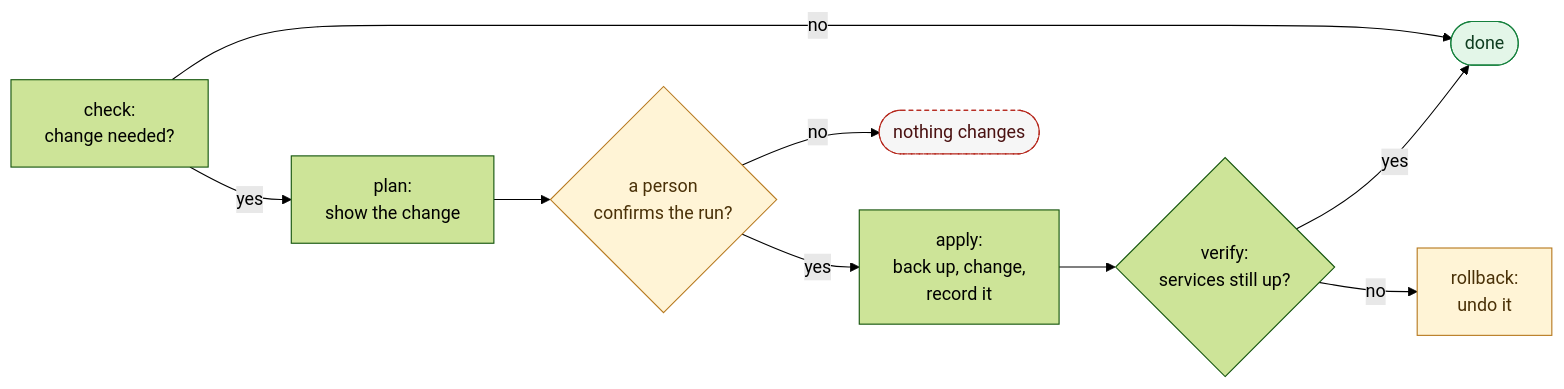
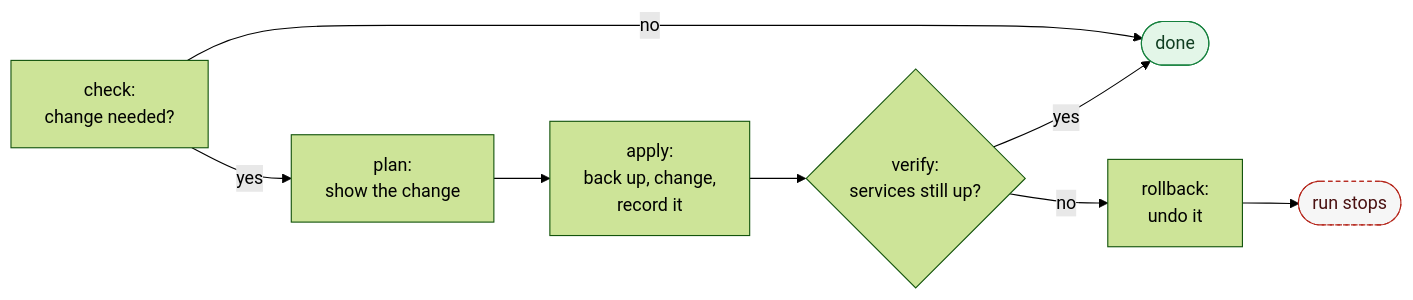
Before and after one commit to dotnetdork/Labyrinth: the third of 3 diagrams in docs/Overview.md, drawn with Mermaid (forest theme). The commit also changed other lines of this file and 27 other files, not shown here.

````diff
--- a/docs/Overview.md
+++ b/docs/Overview.md
@@ -151,17 +153,14 @@
 ```mermaid
 flowchart LR
     C["check:<br/>change needed?"] -->|no| DONE(["done"])
     C -->|yes| P["plan:<br/>show the change"]
-    P --> H{"a person<br/>confirms the run?"}
-    H -->|no| STOP(["nothing changes"])
-    H -->|yes| A["apply:<br/>back up, change,<br/>record it"]
+    P --> A["apply:<br/>back up, change,<br/>record it"]
     A --> V{"verify:<br/>services still up?"}
     V -->|yes| DONE
     V -->|no| RB["rollback:<br/>undo it"]
+    RB --> STOP(["run stops"])
     classDef ok fill:#e3f6e8,stroke:#15803d,color:#0f3d20
-    classDef human fill:#fff4d6,stroke:#b7791f,color:#4a3108
     classDef stop fill:#f6f6f6,stroke:#b42318,color:#4a1111,stroke-dasharray:4 3
     class DONE ok
-    class H,RB human
     class STOP stop
 ```
````
